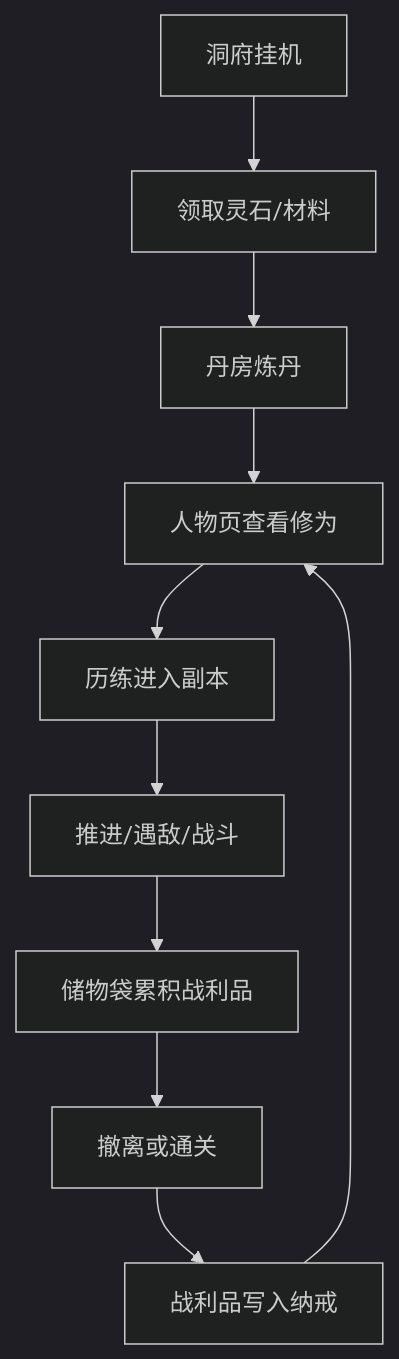
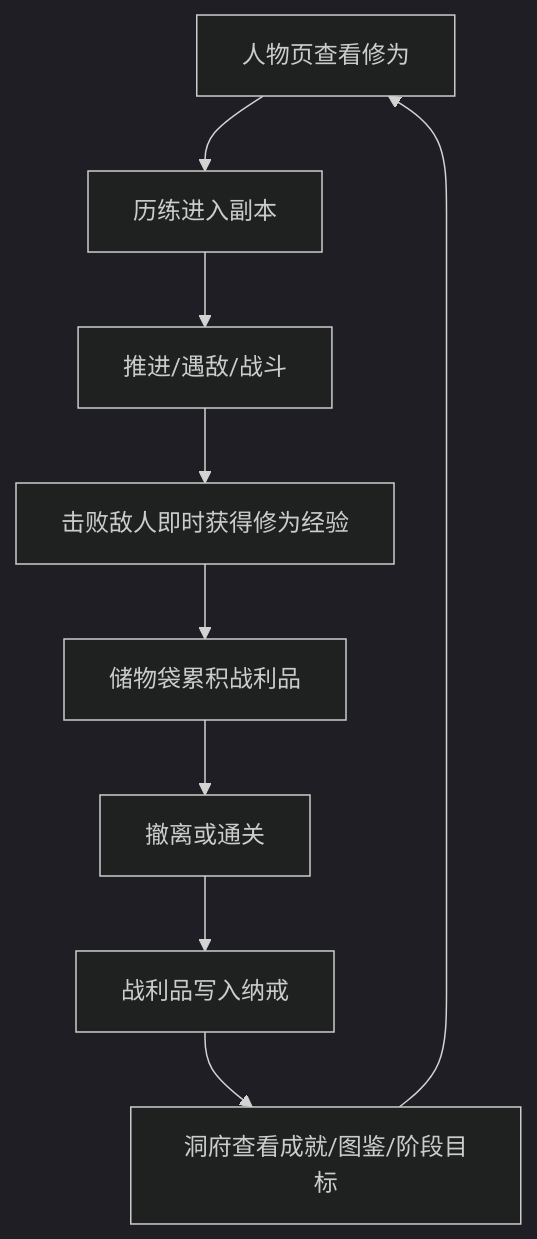
Before and after one commit to ch412-chl/xiuxian-game001: the second of 3 diagrams in product/界面交互/界面交互规范.md, drawn with Mermaid (dark theme). The commit also changed other lines of this file and 3 other files, not shown here.

````diff
--- a/product/界面交互/界面交互规范.md
+++ b/product/界面交互/界面交互规范.md
@@ -441,12 +410,11 @@
 ```mermaid
 flowchart TD
-  A["洞府挂机"] --> B["领取灵石/材料"]
-  B --> C["丹房炼丹"]
-  C --> D["人物页查看修为"]
-  D --> E["历练进入副本"]
-  E --> F["推进/遇敌/战斗"]
-  F --> G["储物袋累积战利品"]
-  G --> H["撤离或通关"]
-  H --> I["战利品写入纳戒"]
-  I --> D
+  A["人物页查看修为"] --> B["历练进入副本"]
+  B --> C["推进/遇敌/战斗"]
+  C --> D["击败敌人即时获得修为经验"]
+  D --> E["储物袋累积战利品"]
+  E --> F["撤离或通关"]
+  F --> G["战利品写入纳戒"]
+  G --> H["洞府查看成就/图鉴/阶段目标"]
+  H --> A
 ```
````
